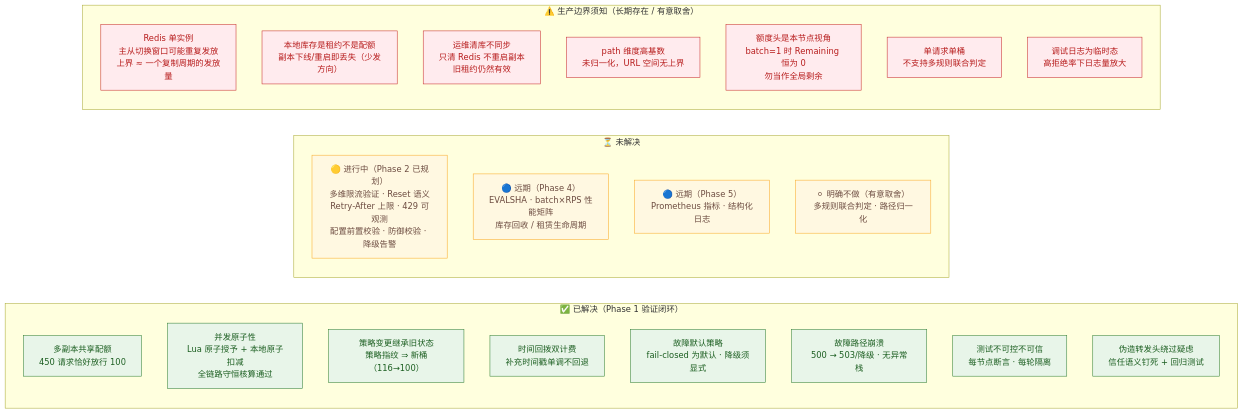
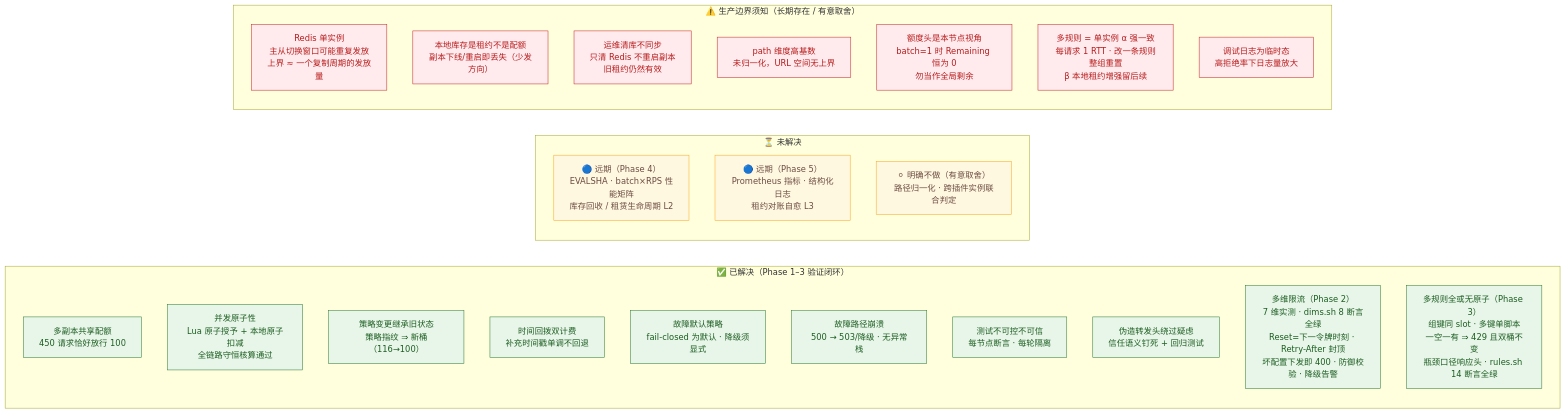
One commit to EffortsToTheBald/kong-ratelimit changed the third of 3 diagrams in docs/architecture.md. Above: the diagram before and after it, drawn with Mermaid. The commit also changed other lines of this file and 5 other files, not shown here.

Commit message:
组6: 回归全绿（dims 8/8·quota 100/350/0·故障双路径）+ 文档同步（README/design/architecture/rule）+ Phase 3 验收报告

````diff
--- a/docs/architecture.md
+++ b/docs/architecture.md
@@ -118,40 +124,41 @@
 ```mermaid
 flowchart LR
-    subgraph SOLVED["✅ 已解决（Phase 1 验证闭环）"]
+    subgraph SOLVED["✅ 已解决（Phase 1–3 验证闭环）"]
         direction TB
         s1["多副本共享配额<br/>450 请求恰好放行 100"]
         s2["并发原子性<br/>Lua 原子授予 + 本地原子扣减<br/>全链路守恒核算通过"]
         s3["策略变更继承旧状态<br/>策略指纹 ⇒ 新桶（116→100）"]
         s4["时间回拨双计费<br/>补充时间戳单调不回退"]
         s5["故障默认策略<br/>fail-closed 为默认 · 降级须显式"]
         s6["故障路径崩溃<br/>500 → 503/降级 · 无异常栈"]
         s7["测试不可控不可信<br/>每节点断言 · 每轮隔离"]
         s8["伪造转发头绕过疑虑<br/>信任语义钉死 + 回归测试"]
+        s9["多维限流（Phase 2）<br/>7 维实测 · dims.sh 8 断言全绿<br/>Reset=下一令牌时刻 · Retry-After 封顶<br/>坏配置下发即 400 · 防御校验 · 降级告警"]
+        s10["多规则全或无原子（Phase 3）<br/>组键同 slot · 多键单脚本<br/>一空一有 ⇒ 429 且双桶不变<br/>瓶颈口径响应头 · rules.sh 14 断言全绿"]
     end
 
     subgraph OPEN["⏳ 未解决"]
         direction TB
-        o1["🟡 进行中（Phase 2 已规划）<br/>多维限流验证 · Reset 语义<br/>Retry-After 上限 · 429 可观测<br/>配置前置校验 · 防御校验 · 降级告警"]
-        o2["🔵 远期（Phase 4）<br/>EVALSHA · batch×RPS 性能矩阵<br/>库存回收 / 租赁生命周期"]
-        o3["🔵 远期（Phase 5）<br/>Prometheus 指标 · 结构化日志"]
-        o4["⚪ 明确不做（有意取舍）<br/>多规则联合判定 · 路径归一化"]
+        o2["🔵 远期（Phase 4）<br/>EVALSHA · batch×RPS 性能矩阵<br/>库存回收 / 租赁生命周期 L2"]
+        o3["🔵 远期（Phase 5）<br/>Prometheus 指标 · 结构化日志<br/>租约对账自愈 L3"]
+        o4["⚪ 明确不做（有意取舍）<br/>路径归一化 · 跨插件实例联合判定"]
     end
 
     subgraph PROD["⚠️ 生产边界须知（长期存在 / 有意取舍）"]
         direction TB
         p1["Redis 单实例<br/>主从切换窗口可能重复发放<br/>上界 ≈ 一个复制周期的发放量"]
         p2["本地库存是租约不是配额<br/>副本下线/重启即丢失（少发方向）"]
         p3["运维清库不同步<br/>只清 Redis 不重启副本<br/>旧租约仍然有效"]
         p4["path 维度高基数<br/>未归一化，URL 空间无上界"]
         p5["额度头是本节点视角<br/>batch=1 时 Remaining 恒为 0<br/>勿当作全局剩余"]
-        p6["单请求单桶<br/>不支持多规则联合判定"]
+        p6["多规则 = 单实例 α 强一致<br/>每请求 1 RTT · 改一条规则整组重置<br/>β 本地租约增强留后续"]
         p7["调试日志为临时态<br/>高拒绝率下日志量放大"]
     end
 
     classDef solved fill:#e8f5e9,stroke:#2e7d32,color:#1b5e20;
     classDef open fill:#fff8e1,stroke:#f9a825,color:#6d4c41;
     classDef prod fill:#ffebee,stroke:#c62828,color:#b71c1c;
-    class s1,s2,s3,s4,s5,s6,s7,s8 solved;
+    class s1,s2,s3,s4,s5,s6,s7,s8,s9,s10 solved;
     class o1,o2,o3,o4 open;
     class p1,p2,p3,p4,p5,p6,p7 prod;
 ```
````
